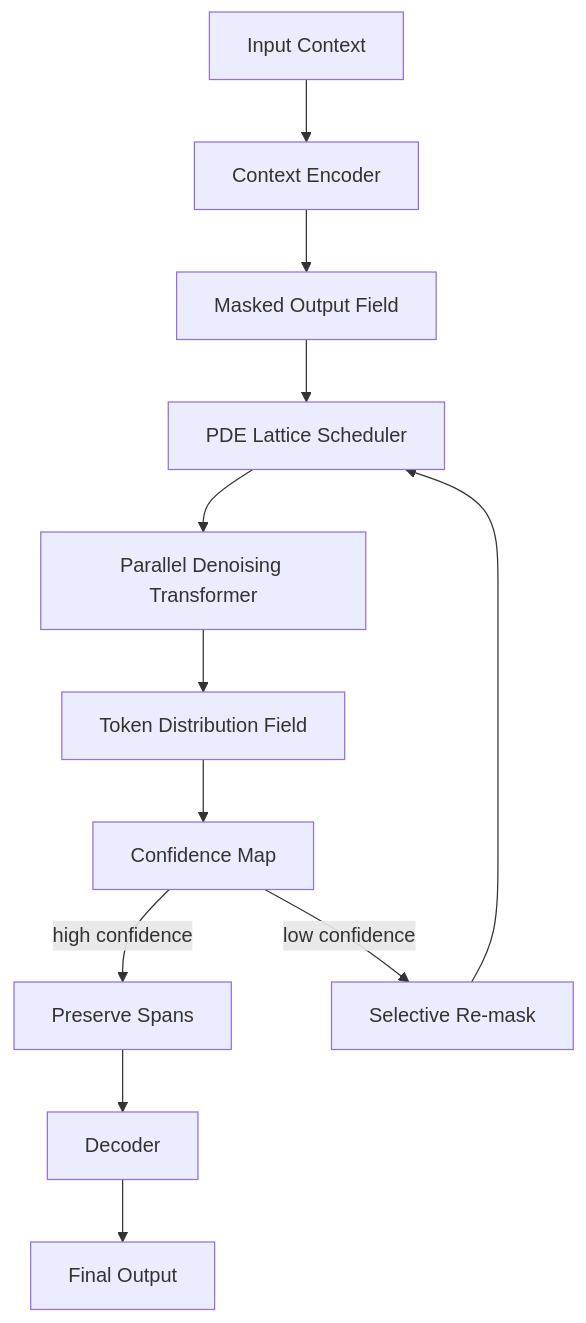
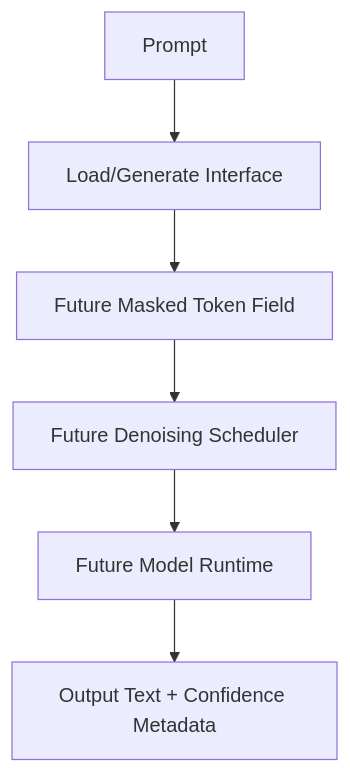
Before and after one commit to Chorozion/Casandra-t1-diffusion-edge-model: the diagram in docs/architecture-overview.md, drawn with Mermaid. The commit also changed other lines of this file and 14 other files, not shown here.

Commit message:
Document Cassandra T1 architecture showcase

````diff
--- a/docs/architecture-overview.md
+++ b/docs/architecture-overview.md
@@ -51,14 +30,8 @@
 ```mermaid
 flowchart TD
-  A[Input Context] --> B[Context Encoder]
-  B --> C[Masked Output Field]
-  C --> D[PDE Lattice Scheduler]
-  D --> E[Parallel Denoising Transformer]
-  E --> F[Token Distribution Field]
-  F --> G[Confidence Map]
-  G -->|high confidence| H[Preserve Spans]
-  G -->|low confidence| I[Selective Re-mask]
-  I --> D
-  H --> J[Decoder]
-  J --> K[Final Output]
+  A[Prompt] --> B[Load/Generate Interface]
+  B --> C[Future Masked Token Field]
+  C --> D[Future Denoising Scheduler]
+  D --> E[Future Model Runtime]
+  E --> F[Output Text + Confidence Metadata]
 ```
````
